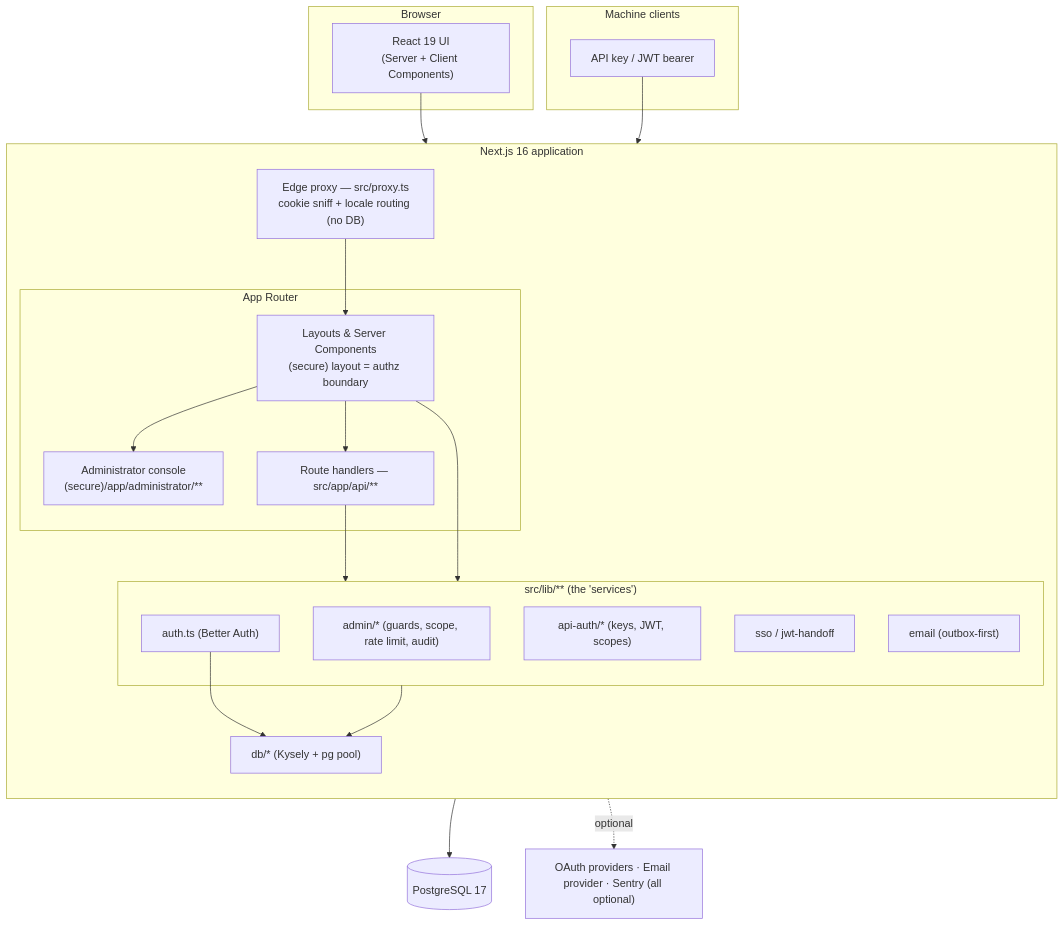
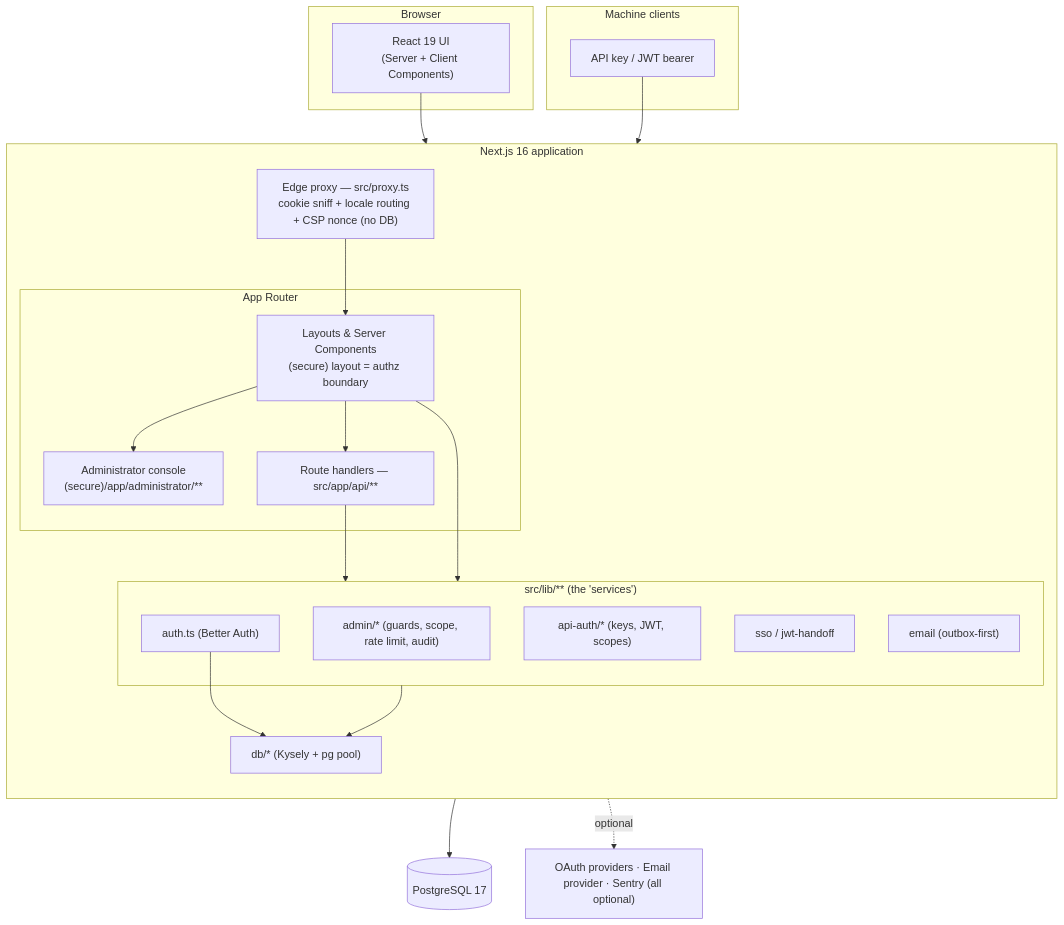
The first of 6 diagrams in docs/architecture.md (devresponse/devresponsekit), drawn with Mermaid before and after one commit. The commit also changed other lines of this file and 24 other files, not shown here.

````diff
--- a/docs/architecture.md
+++ b/docs/architecture.md
@@ -11,40 +11,40 @@
 ```mermaid
 flowchart TB
     subgraph Browser
         WEBUI["React 19 UI<br/>(Server + Client Components)"]
     end
     subgraph Machine["Machine clients"]
         MC["API key / JWT bearer"]
     end
 
     subgraph Next["Next.js 16 application"]
         direction TB
-        PROXY["Edge proxy — src/proxy.ts<br/>cookie sniff + locale routing (no DB)"]
+        PROXY["Edge proxy — src/proxy.ts<br/>cookie sniff + locale routing + CSP nonce (no DB)"]
         subgraph AppRouter["App Router"]
             LAYOUTS["Layouts & Server Components<br/>(secure) layout = authz boundary"]
             ADMINUI["Administrator console<br/>(secure)/app/administrator/**"]
             API["Route handlers — src/app/api/**"]
         end
         subgraph Lib["src/lib/** (the 'services')"]
             AUTHLIB["auth.ts (Better Auth)"]
             ADMINLIB["admin/* (guards, scope, rate limit, audit)"]
             APIAUTH["api-auth/* (keys, JWT, scopes)"]
             SSO["sso / jwt-handoff"]
             EMAILLIB["email (outbox-first)"]
         end
         DB["db/* (Kysely + pg pool)"]
     end
 
     PG[("PostgreSQL 17")]
     EXT["OAuth providers · Email provider · Sentry (all optional)"]
 
     WEBUI --> PROXY --> LAYOUTS
     LAYOUTS --> ADMINUI
     LAYOUTS --> API
     MC --> API
     API --> Lib
     LAYOUTS --> Lib
     Lib --> DB --> PG
     AUTHLIB --> DB
     Lib -. optional .-> EXT
 ```
````
